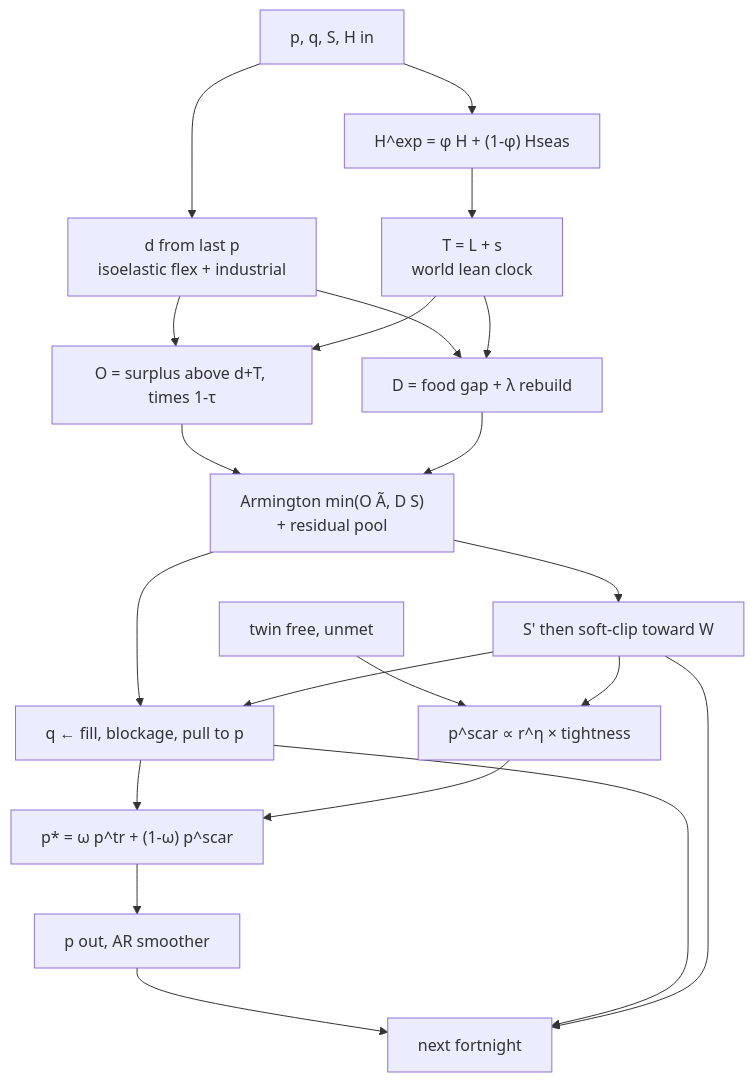
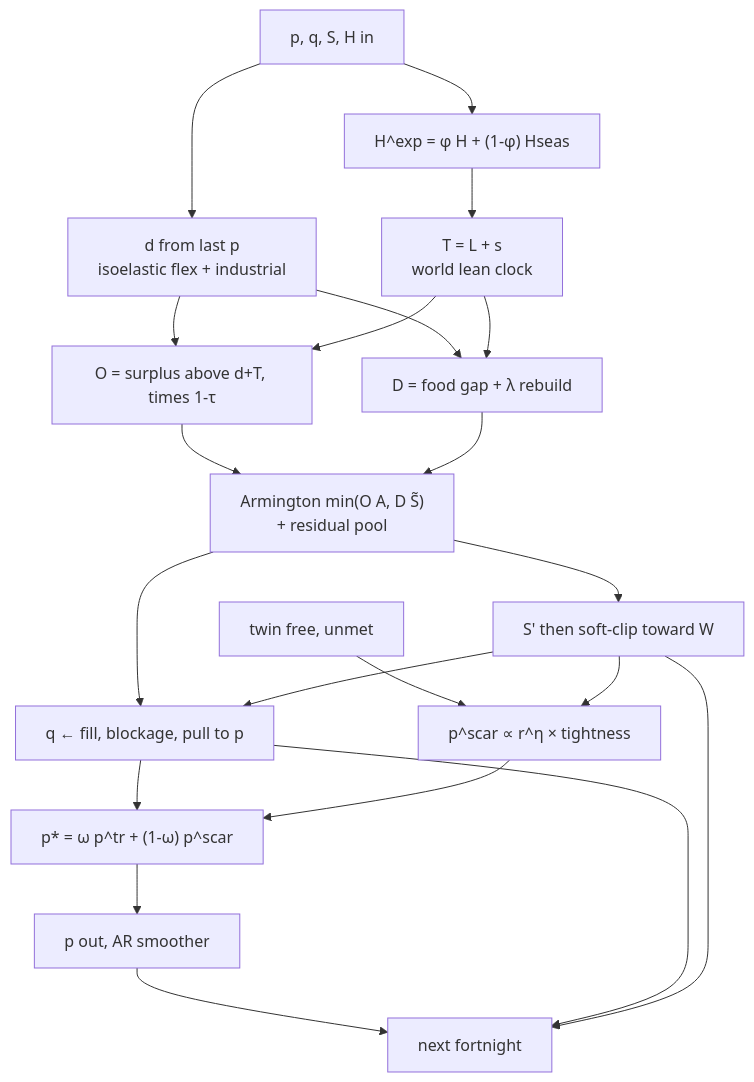
One commit to mjpuma/sheaf-model changed the first of 12 diagrams in diagnostics/GATE0_FLOWS.md. Above: the diagram before and after it, drawn with Mermaid. The commit also changed other lines of this file and 4 other files, not shown here.

````diff
--- a/diagnostics/GATE0_FLOWS.md
+++ b/diagnostics/GATE0_FLOWS.md
@@ -24,38 +24,38 @@
 ```mermaid
 flowchart TB
   state_in["p, q, S, H in"]
   twin["twin free, unmet"]
   demand["d from last p<br/>isoelastic flex + industrial"]
   hexp["H^exp = φ H + (1-φ) Hseas"]
   target["T = L + s<br/>world lean clock"]
   offers["O = surplus above d+T, times 1-τ"]
   importd["D = food gap + λ rebuild"]
-  trade["Armington min(O Ã, D S)<br/>+ residual pool"]
+  trade["Armington min(O A, D S̃)<br/>+ residual pool"]
   stocks["S' then soft-clip toward W"]
   asks["q ← fill, blockage, pull to p"]
   pscar["p^scar ∝ r^η × tightness"]
   pstar["p* = ω p^tr + (1-ω) p^scar"]
   pout["p out, AR smoother"]
   next["next fortnight"]
 
   state_in --> demand
   state_in --> hexp
   hexp --> target
   demand --> offers
   demand --> importd
   target --> offers
   target --> importd
   offers --> trade
   importd --> trade
   trade --> stocks
   trade --> asks
   stocks --> asks
   twin --> pscar
   stocks --> pscar
   asks --> pstar
   pscar --> pstar
   pstar --> pout
   pout --> next
   asks --> next
   stocks --> next
 ```
````
